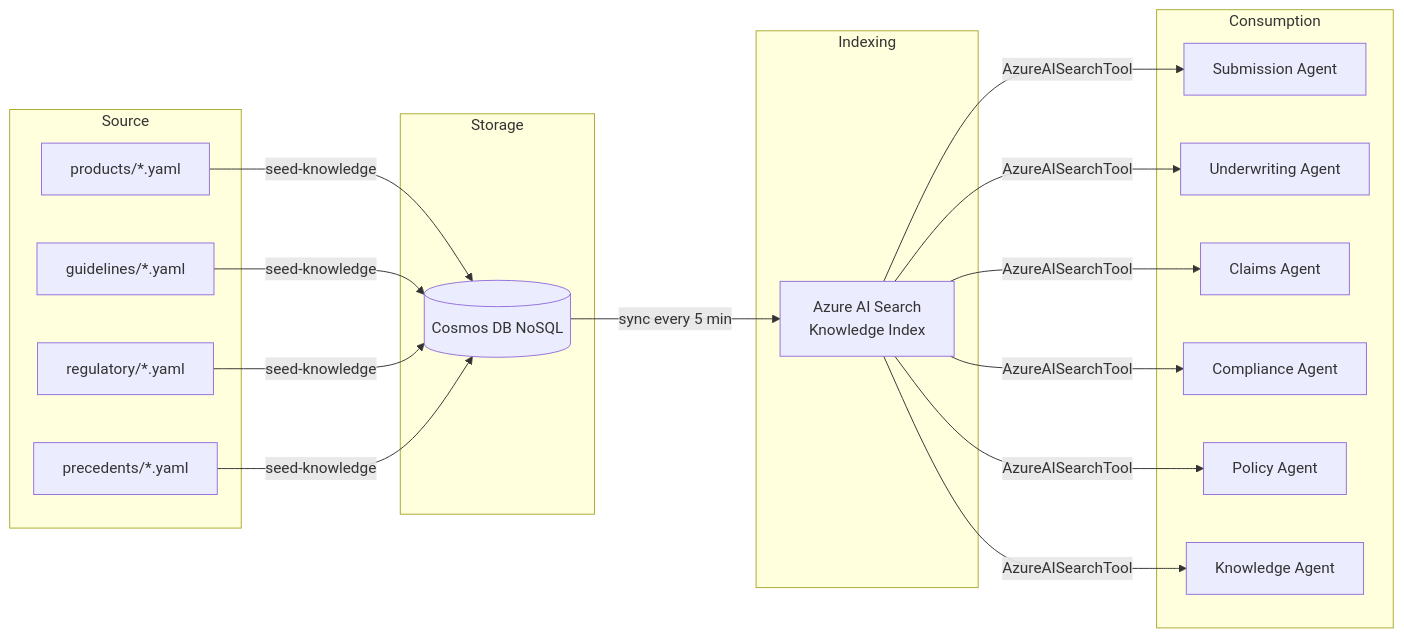
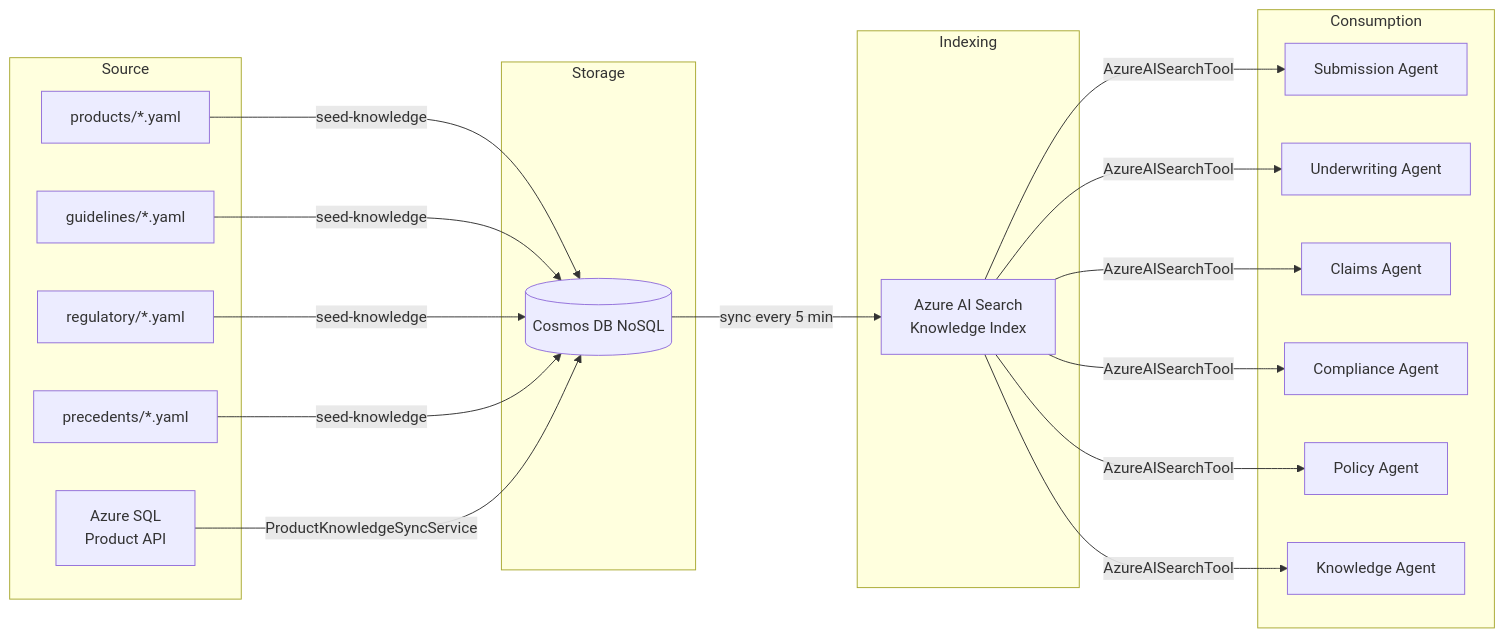
One commit to urosstojkic/openinsure changed the fifth of 14 diagrams in docs/TECHNICAL_OVERVIEW.md. Above: the diagram before and after it, drawn with Mermaid. The commit also changed other lines of this file and 5 other files, not shown here.

````diff
--- a/docs/TECHNICAL_OVERVIEW.md
+++ b/docs/TECHNICAL_OVERVIEW.md
@@ -286,30 +286,32 @@
 ```mermaid
 flowchart LR
     subgraph "Source"
         Y1[products/*.yaml]
         Y2[guidelines/*.yaml]
         Y3[regulatory/*.yaml]
         Y4[precedents/*.yaml]
+        S1[Azure SQL<br/>Product API]
     end
 
     subgraph "Storage"
         C[(Cosmos DB NoSQL)]
     end
 
     subgraph "Indexing"
         S[Azure AI Search<br/>Knowledge Index]
     end
 
     subgraph "Consumption"
         A1[Submission Agent]
         A2[Underwriting Agent]
         A3[Claims Agent]
         A4[Compliance Agent]
         A5[Policy Agent]
         A6[Knowledge Agent]
     end
 
     Y1 & Y2 & Y3 & Y4 -->|seed-knowledge| C
+    S1 -->|ProductKnowledgeSyncService| C
     C -->|sync every 5 min| S
     S -->|AzureAISearchTool| A1 & A2 & A3 & A4 & A5 & A6
 ```
````
